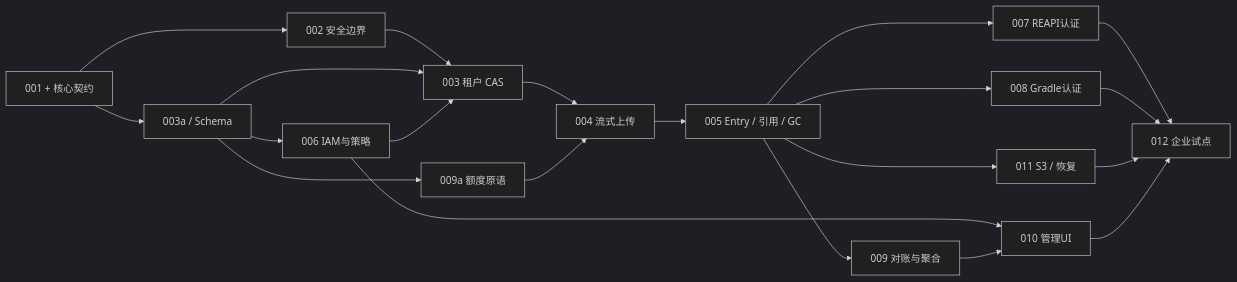
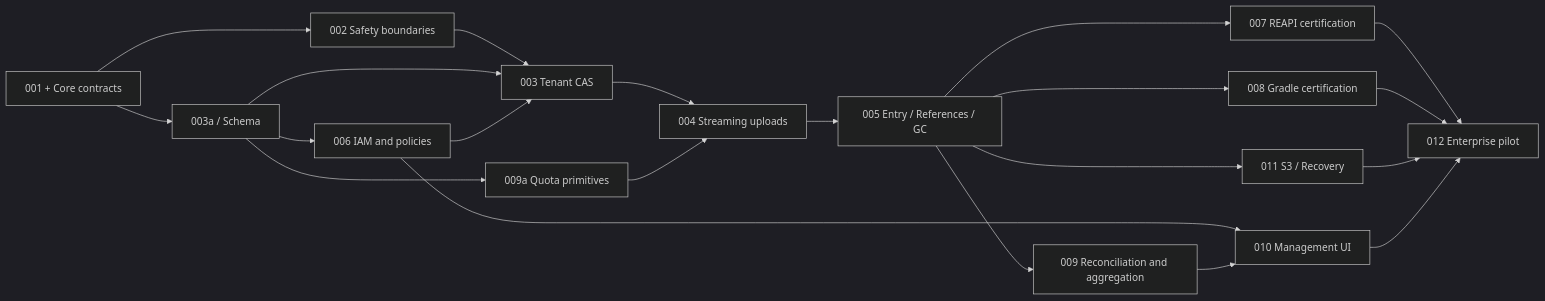
The diagram in docs/design/development-plan.md (expbuild/expbuild), drawn with Mermaid (dark theme) before and after one commit. The commit also changed other lines of this file and 39 other files, not shown here.

````diff
--- a/docs/design/development-plan.md
+++ b/docs/design/development-plan.md
@@ -65,23 +65,23 @@
 ```mermaid
 flowchart LR
-  A[001 + 核心契约] --> B[002 安全边界]
+  A[001 + Core contracts] --> B[002 Safety boundaries]
   A --> C[003a / Schema]
-  C --> D[006 IAM与策略]
-  B --> E[003 租户 CAS]
+  C --> D[006 IAM and policies]
+  B --> E[003 Tenant CAS]
   C --> E
   D --> E
-  C --> Q[009a 额度原语]
-  E --> U[004 流式上传]
+  C --> Q[009a Quota primitives]
+  E --> U[004 Streaming uploads]
   Q --> U
-  U --> R[005 Entry / 引用 / GC]
-  R --> P[007 REAPI认证]
-  R --> H[008 Gradle认证]
-  R --> S[011 S3 / 恢复]
-  R --> M[009 对账与聚合]
-  D --> V[010 管理UI]
+  U --> R[005 Entry / References / GC]
+  R --> P[007 REAPI certification]
+  R --> H[008 Gradle certification]
+  R --> S[011 S3 / Recovery]
+  R --> M[009 Reconciliation and aggregation]
+  D --> V[010 Management UI]
   M --> V
-  P --> X[012 企业试点]
+  P --> X[012 Enterprise pilot]
   H --> X
   S --> X
   V --> X
 ```
````
